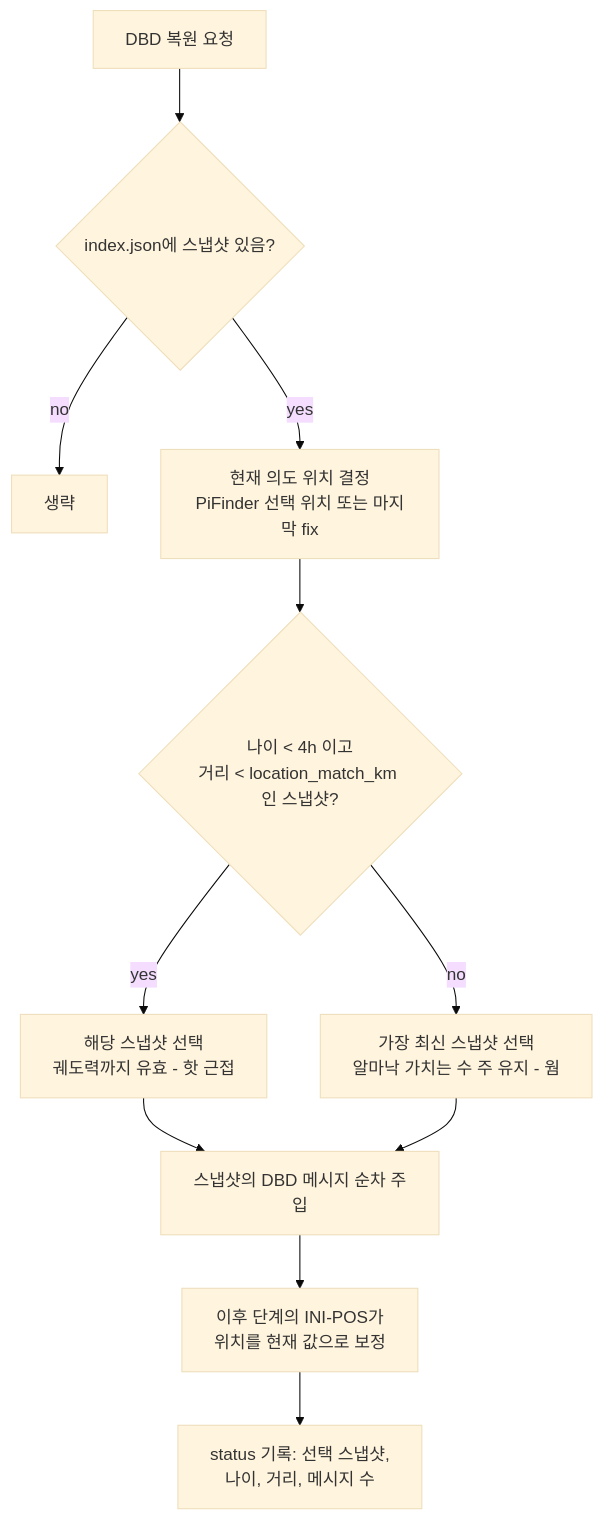
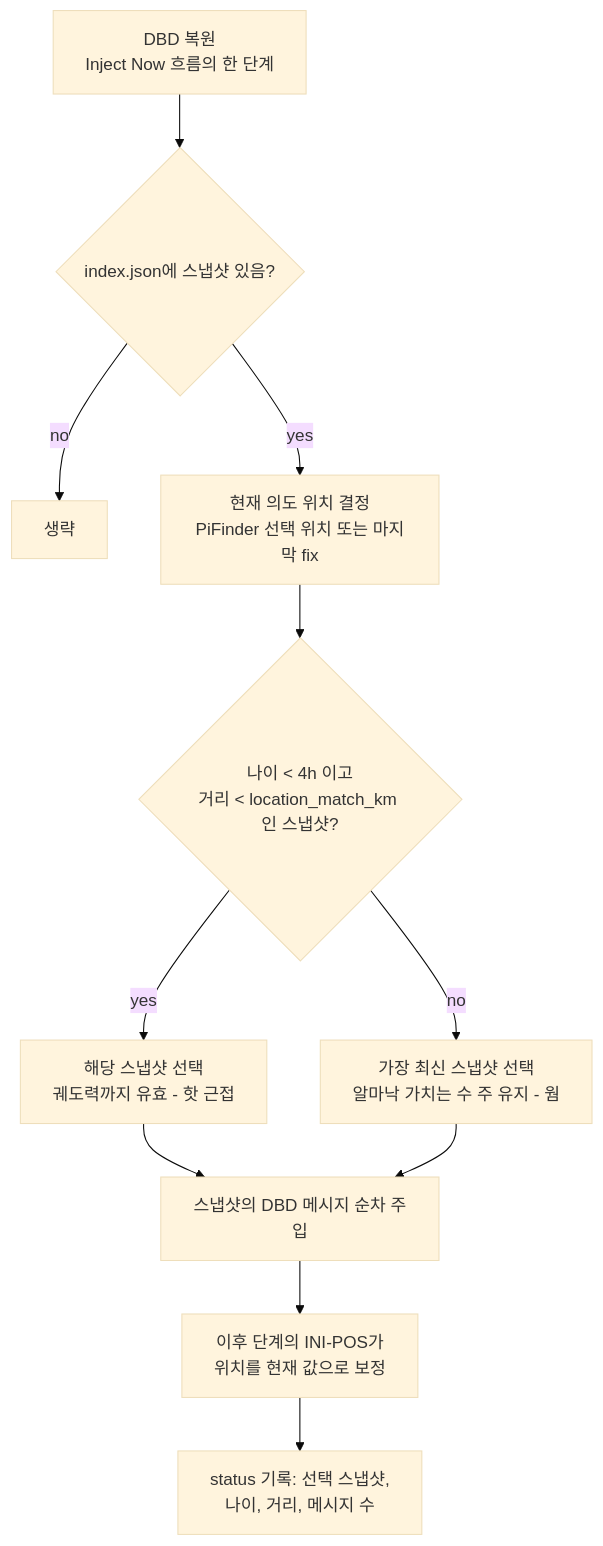
The fourth of 5 diagrams in docs/mf_gps_aiding_plan_ko.md (hjoungjoo/MF_PiFinder), drawn with Mermaid (base theme) before and after one commit. The commit also changed other lines of this file and 1 other file, not shown here.

````diff
--- a/docs/mf_gps_aiding_plan_ko.md
+++ b/docs/mf_gps_aiding_plan_ko.md
@@ -180,13 +188,13 @@
 ```mermaid
 flowchart TD
-    A[DBD 복원 요청] --> B{index.json에 스냅샷 있음?}
+    A[DBD 복원<br/>Inject Now 흐름의 한 단계] --> B{index.json에 스냅샷 있음?}
     B -->|no| Z[생략]
     B -->|yes| C[현재 의도 위치 결정<br/>PiFinder 선택 위치 또는 마지막 fix]
     C --> D{나이 < 4h 이고<br/>거리 < location_match_km 인 스냅샷?}
     D -->|yes| E[해당 스냅샷 선택<br/>궤도력까지 유효 - 핫 근접]
     D -->|no| F[가장 최신 스냅샷 선택<br/>알마낙 가치는 수 주 유지 - 웜]
     E --> G[스냅샷의 DBD 메시지 순차 주입]
     F --> G
     G --> H[이후 단계의 INI-POS가<br/>위치를 현재 값으로 보정]
     H --> I[status 기록: 선택 스냅샷,<br/>나이, 거리, 메시지 수]
 ```
````
